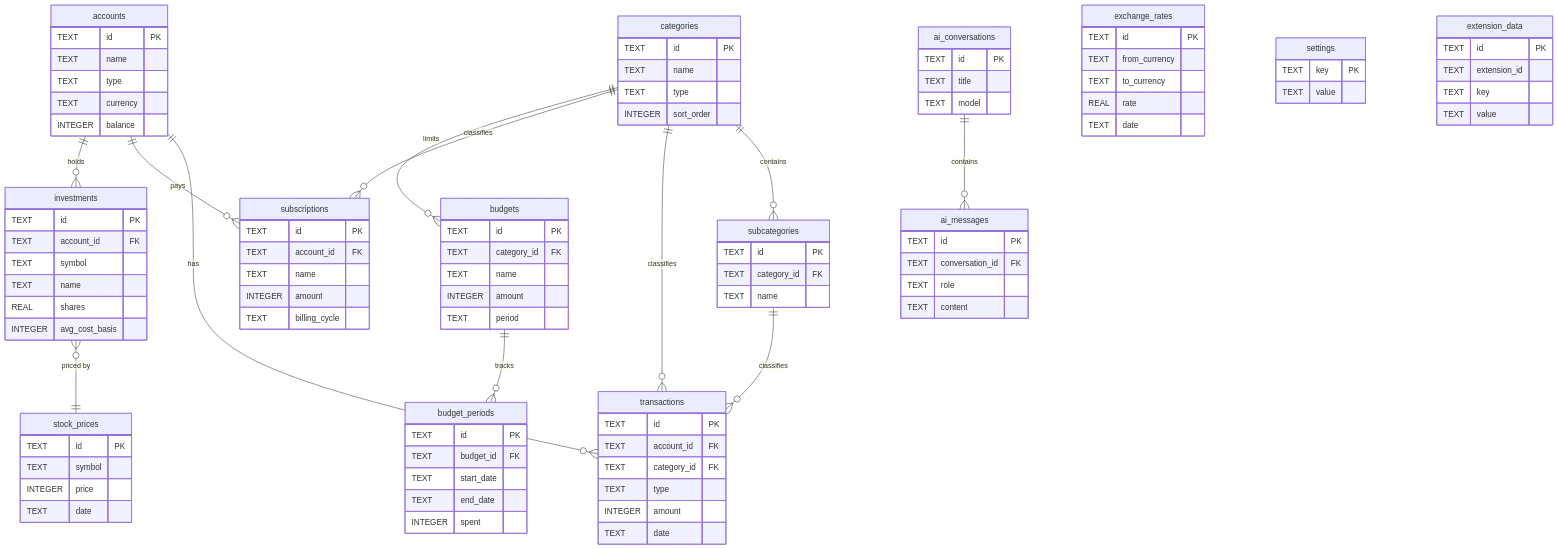
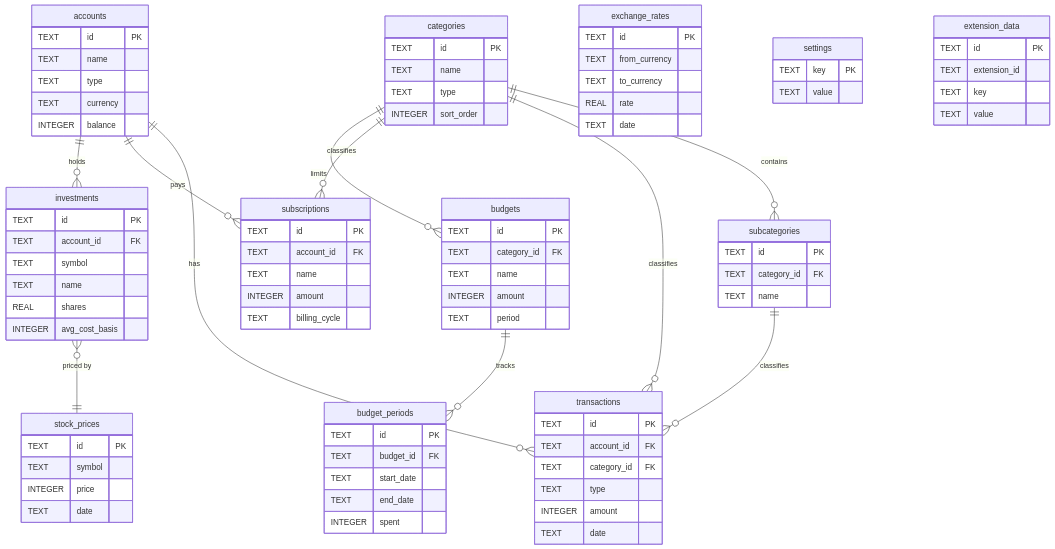
The diagram in docs/reference/DATABASE.md (g0dxn4/Shikin), drawn with Mermaid before and after one commit. The commit also changed other lines of this file and 82 other files, not shown here.

```diff
--- a/docs/reference/DATABASE.md
+++ b/docs/reference/DATABASE.md
@@ -488,7 +446,6 @@
     categories ||--o{ budgets : "limits"
     subcategories ||--o{ transactions : "classifies"
     budgets ||--o{ budget_periods : "tracks"
-    ai_conversations ||--o{ ai_messages : "contains"
     investments }o--|| stock_prices : "priced by"
 
     accounts {
@@ -561,19 +518,6 @@
         TEXT date
     }
 
-    ai_conversations {
-        TEXT id PK
-        TEXT title
-        TEXT model
-    }
-
-    ai_messages {
-        TEXT id PK
-        TEXT conversation_id FK
-        TEXT role
-        TEXT content
-    }
-
     exchange_rates {
         TEXT id PK
         TEXT from_currency
```
